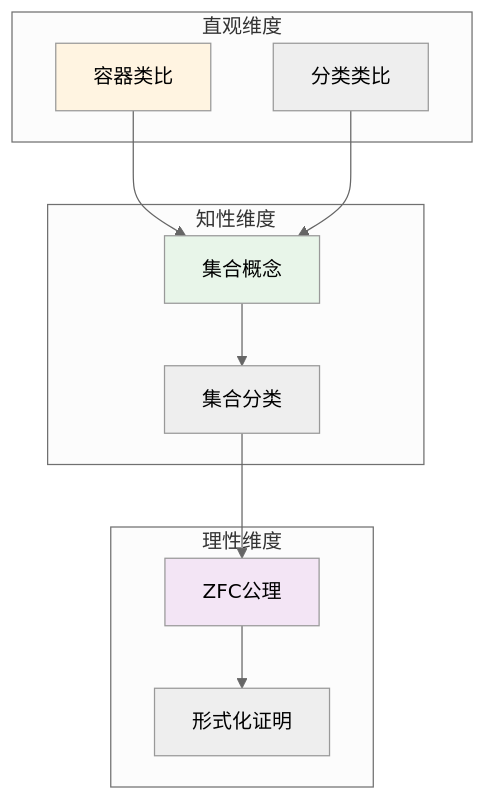
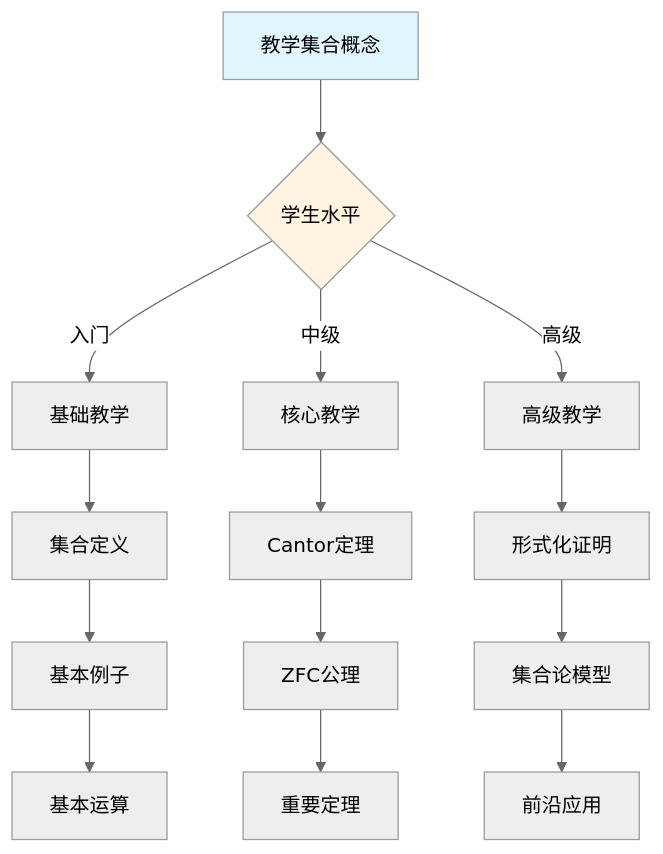
Diagram 11 of 11 in concept/核心概念/01-集合.md (AdaMartin18010/FormalMath), drawn with Mermaid (neutral theme) before and after one commit. The commit also changed other lines of this file and 4793 other files, not shown here.

````diff
--- a/concept/核心概念/01-集合.md
+++ b/concept/核心概念/01-集合.md
@@ -920,27 +3236,22 @@
 ```mermaid
-graph TB
-    subgraph 直观维度
-        A1[容器类比]
-        A2[分类类比]
-    end
+graph TD
+    A[教学集合概念] --> B{学生水平}
+    B -->|入门| C[基础教学]
+    B -->|中级| D[核心教学]
+    B -->|高级| E[高级教学]
 
-    subgraph 知性维度
-        B1[集合概念]
-        B2[集合分类]
-    end
+    C --> C1[集合定义]
+    C1 --> C2[基本例子]
+    C2 --> C3[基本运算]
 
-    subgraph 理性维度
-        C1[ZFC公理]
-        C2[形式化证明]
-    end
+    D --> D1[Cantor定理]
+    D1 --> D2[ZFC公理]
+    D2 --> D3[重要定理]
 
-    A1 --> B1
-    A2 --> B1
-    B1 --> B2
-    B2 --> C1
-    C1 --> C2
+    E --> E1[形式化证明]
+    E1 --> E2[集合论模型]
+    E2 --> E3[前沿应用]
 
-    style A1 fill:#fff4e1
-    style B1 fill:#e8f5e9
-    style C1 fill:#f3e5f5
+    style A fill:#e1f5ff
+    style B fill:#fff4e1
 ```
````
